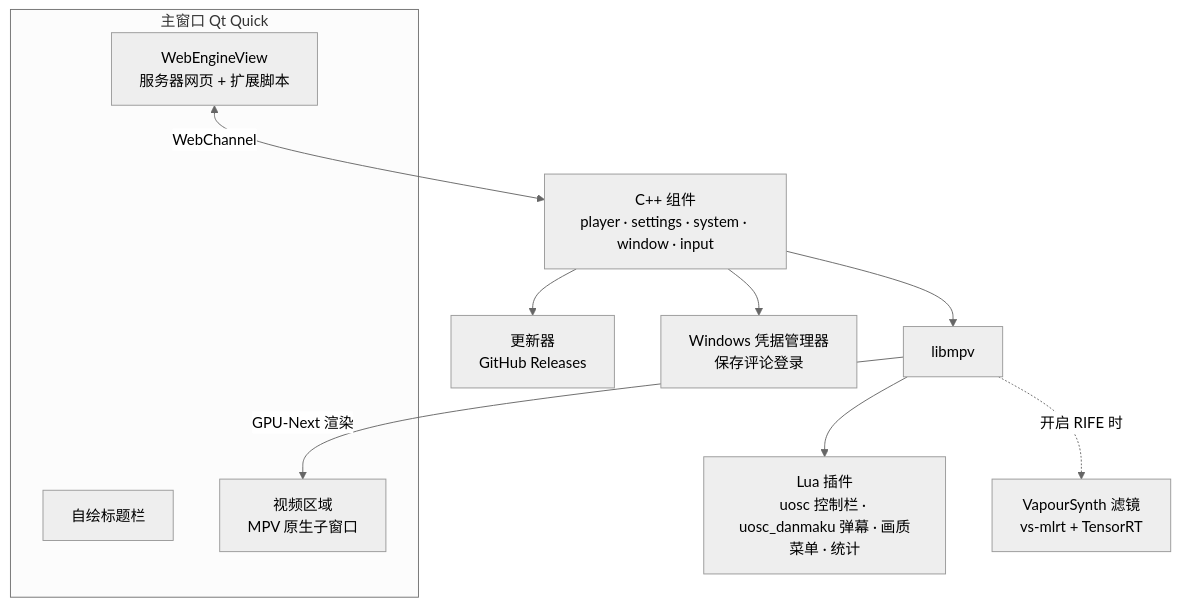
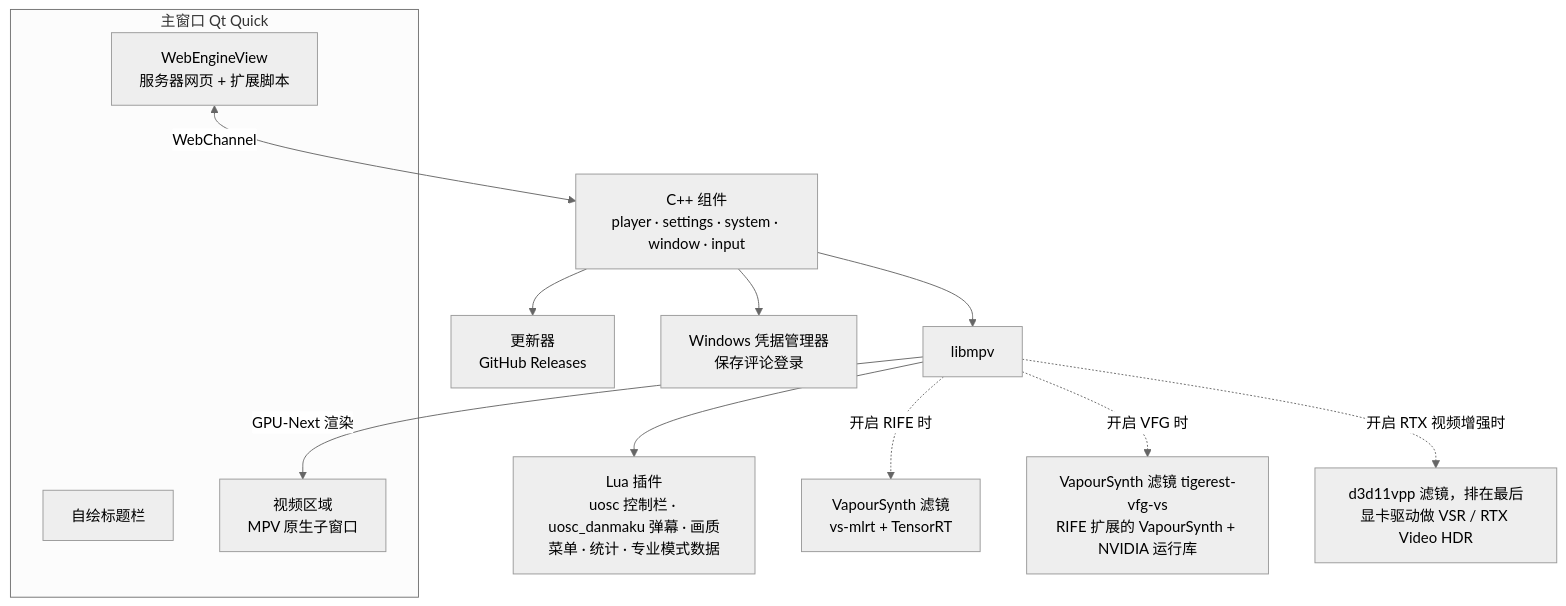
The fourth of 13 diagrams in docs/wiki/Architecture.md (Tigerest/Tigerest-Theater), drawn with Mermaid (neutral theme) before and after one commit. The commit also changed other lines of this file and 14 other files, not shown here.

````diff
--- a/docs/wiki/Architecture.md
+++ b/docs/wiki/Architecture.md
@@ -124,15 +124,17 @@
 ```mermaid
 flowchart TB
   subgraph window["主窗口 Qt Quick"]
     chrome["自绘标题栏"]
     web["WebEngineView<br/>服务器网页 + 扩展脚本"]
     video["视频区域<br/>MPV 原生子窗口"]
   end
   web <-->|"WebChannel"| comps["C++ 组件<br/>player · settings · system · window · input"]
   comps --> mpv["libmpv"]
   mpv -->|"GPU-Next 渲染"| video
-  mpv --> lua["Lua 插件<br/>uosc 控制栏 · uosc_danmaku 弹幕 · 画质菜单 · 统计"]
+  mpv --> lua["Lua 插件<br/>uosc 控制栏 · uosc_danmaku 弹幕 · 画质菜单 · 统计 · 专业模式数据"]
   mpv -.->|"开启 RIFE 时"| vs["VapourSynth 滤镜<br/>vs-mlrt + TensorRT"]
+  mpv -.->|"开启 VFG 时"| vfg["VapourSynth 滤镜 tigerest-vfg-vs<br/>RIFE 扩展的 VapourSynth + NVIDIA 运行库"]
+  mpv -.->|"开启 RTX 视频增强时"| rtx["d3d11vpp 滤镜，排在最后<br/>显卡驱动做 VSR / RTX Video HDR"]
   comps --> upd["更新器<br/>GitHub Releases"]
   comps --> store["Windows 凭据管理器<br/>保存评论登录"]
 ```
````
